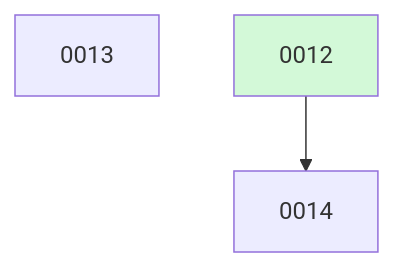
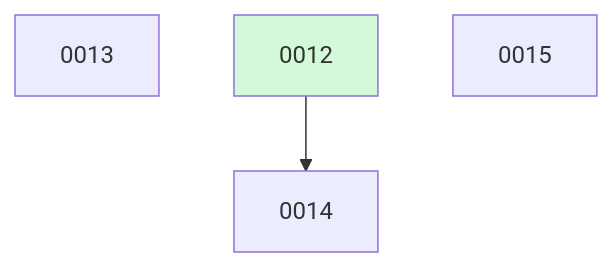
The diagram in docs/changes/BOARD.md (ethanhinson/fuse), drawn with Mermaid before and after one commit. The commit also changed other lines of this file, not shown here.

````diff
--- a/docs/changes/BOARD.md
+++ b/docs/changes/BOARD.md
@@ -17,7 +18,8 @@
 ```mermaid
 graph TD
   0013
   0012 --> 0014
+  0015
   0012:::done
   classDef done fill:#d3f9d8;
 ```
````
